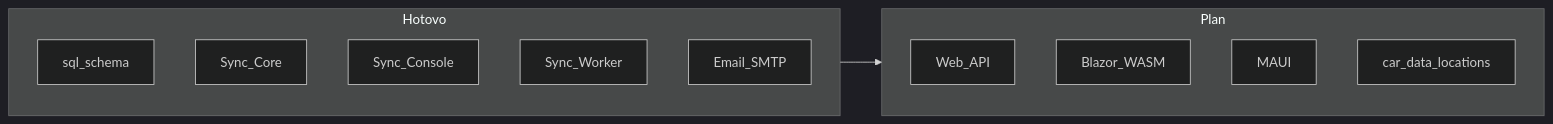
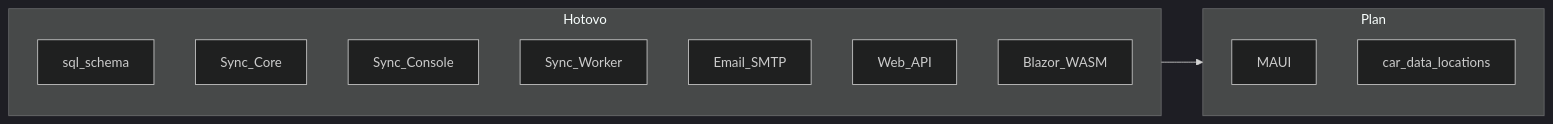
One commit to RomKrat/FormuleTelemetry changed the second of 8 diagrams in docs/architecture.md. Above: the diagram before and after it, drawn with Mermaid (dark theme). The commit also changed other lines of this file and 52 other files, not shown here.

First line of the commit message:
Add Web API and Blazor WASM client with motorsport UI.

````diff
--- a/docs/architecture.md
+++ b/docs/architecture.md
@@ -66,19 +68,19 @@
 ```mermaid
 flowchart LR
   subgraph done [Hotovo]
     D1[sql_schema]
     D2[Sync_Core]
     D3[Sync_Console]
     D4[Sync_Worker]
     D5[Email_SMTP]
+    D6[Web_API]
+    D7[Blazor_WASM]
   end
 
   subgraph planned [Plan]
-    P1[Web_API]
-    P2[Blazor_WASM]
     P3[MAUI]
     P4[car_data_locations]
   end
 
   done --> planned
 ```
````
